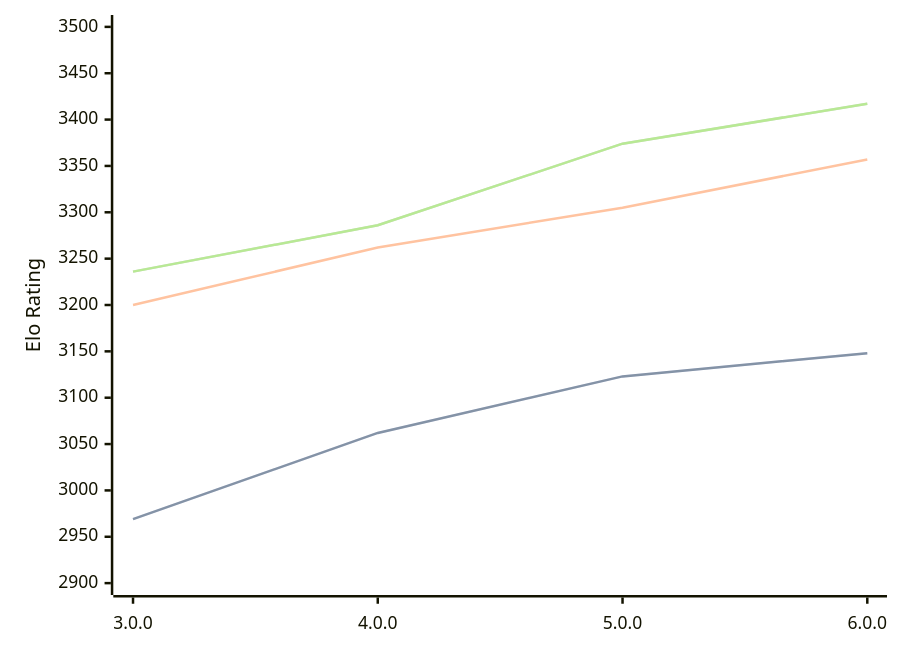
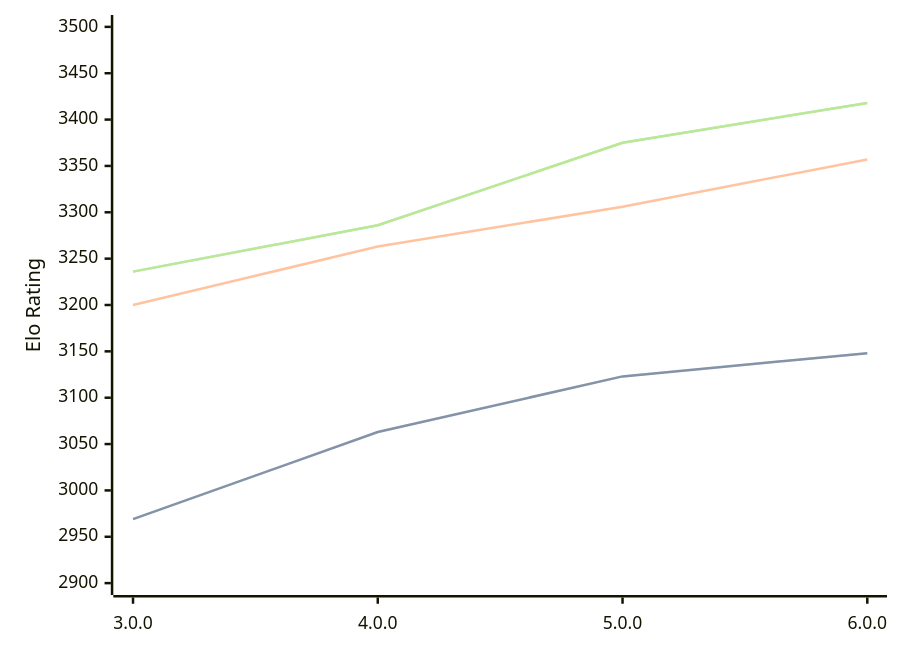
One commit to computer-chess-index/cci changed the first of 3 diagrams in engines/Minke.md. Above: the diagram before and after it, drawn with Mermaid. The commit also changed other lines of this file, not shown here.

Commit message:
Update CCI Ratings (ELO VLTC) - 2026-07-13

````diff
--- a/engines/Minke.md
+++ b/engines/Minke.md
@@ -36,11 +36,11 @@
 ```mermaid
 %%{init: {"theme":"base","themeVariables":{"seriesColors:['#a3a3a3','#222221','#faa371']}}}%%
 xychart-beta
   x-axis ["3.0.0", "4.0.0", "5.0.0", "6.0.0"]
   y-axis "Elo Rating" 2900 --> 3500
-  line "STC (8.0+0.08s)" [2969, 3062, 3123, 3148]
-  line "STC (8.0+0.08s)" [2969, 3062, 3123, 3148]
-  line "LTC (60.0+0.60s)" [3200, 3262, 3305, 3357]
-  line "VLTC (2m24s+1.12s)" [3236, 3286, 3374, 3417]
-  line "VLTC (2m24s+1.12s)" [3236, 3286, 3374, 3417]
+  line "STC (8.0+0.08s)" [2969, 3063, 3123, 3148]
+  line "STC (8.0+0.08s)" [2969, 3063, 3123, 3148]
+  line "LTC (60.0+0.60s)" [3200, 3263, 3306, 3357]
+  line "VLTC (2m24s+1.12s)" [3236, 3286, 3375, 3418]
+  line "VLTC (2m24s+1.12s)" [3236, 3286, 3375, 3418]
 ```
````
